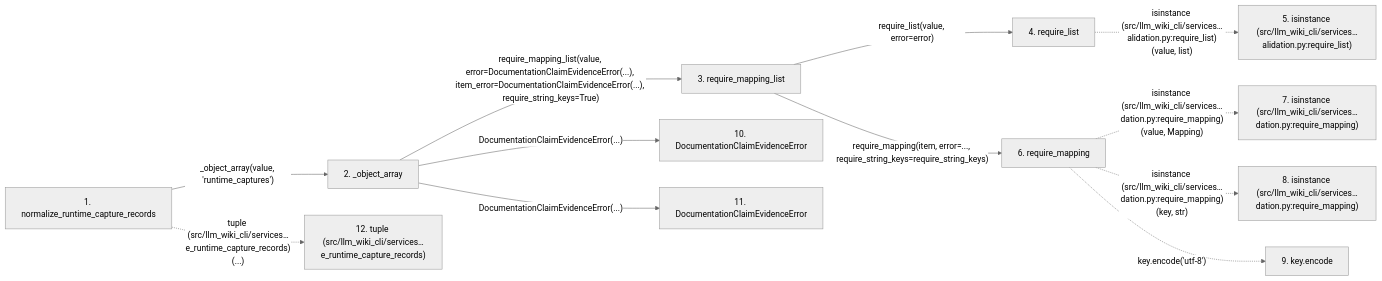
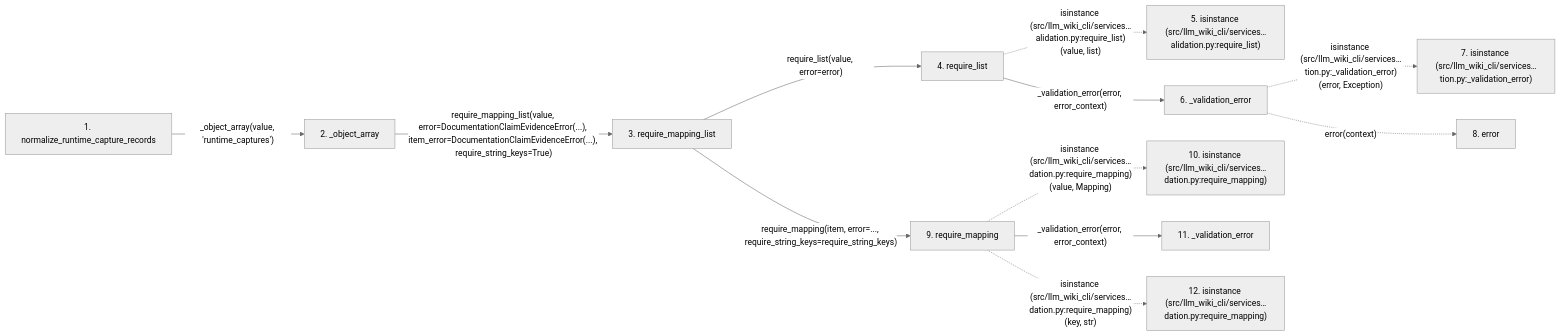
The second of 2 diagrams in docs/llm_wiki/flows/api-normalize_runtime_capture_records.md (Denissvgn/python-wiki-llm), drawn with Mermaid (neutral theme) before and after one commit. The commit also changed other lines of this file and 627 other files, not shown here.

````diff
--- a/docs/llm_wiki/flows/api-normalize_runtime_capture_records.md
+++ b/docs/llm_wiki/flows/api-normalize_runtime_capture_records.md
@@ -129,33 +129,33 @@
 ```mermaid
 flowchart LR
     s1["1. normalize_runtime_capture_records"]
     s2["2. _object_array"]
     s3["3. require_mapping_list"]
     s4["4. require_list"]
     s5["5. isinstance (src/llm_wiki_cli/services…alidation.py:require_list)"]
-    s6["6. require_mapping"]
-    s7["7. isinstance (src/llm_wiki_cli/services…dation.py:require_mapping)"]
-    s8["8. isinstance (src/llm_wiki_cli/services…dation.py:require_mapping)"]
-    s9["9. key.encode"]
-    s10["10. DocumentationClaimEvidenceError"]
-    s11["11. DocumentationClaimEvidenceError"]
-    s12["12. tuple (src/llm_wiki_cli/services…e_runtime_capture_records)"]
+    s6["6. _validation_error"]
+    s7["7. isinstance (src/llm_wiki_cli/services…tion.py:_validation_error)"]
+    s8["8. error"]
+    s9["9. require_mapping"]
+    s10["10. isinstance (src/llm_wiki_cli/services…dation.py:require_mapping)"]
+    s11["11. _validation_error"]
+    s12["12. isinstance (src/llm_wiki_cli/services…dation.py:require_mapping)"]
     s1 -->|"_object_array(value, 'runtime_captures')"| s2
     s2 -->|"require_mapping_list(value, error=DocumentationClaimEvidenceError(...), item_error=DocumentationClaimEvidenceError(...), require_string_keys=True)"| s3
     s3 -->|"require_list(value, error=error)"| s4
     s4 -. "isinstance (src/llm_wiki_cli/services…alidation.py:require_list)(value, list)" .-> s5
-    s3 -->|"require_mapping(item, error=..., require_string_keys=require_string_keys)"| s6
-    s6 -. "isinstance (src/llm_wiki_cli/services…dation.py:require_mapping)(value, Mapping)" .-> s7
-    s6 -. "isinstance (src/llm_wiki_cli/services…dation.py:require_mapping)(key, str)" .-> s8
-    s6 -. "key.encode('utf-8')" .-> s9
-    s2 -->|"DocumentationClaimEvidenceError(...)"| s10
-    s2 -->|"DocumentationClaimEvidenceError(...)"| s11
-    s1 -. "tuple (src/llm_wiki_cli/services…e_runtime_capture_records)(...)" .-> s12
+    s4 -->|"_validation_error(error, error_context)"| s6
+    s6 -. "isinstance (src/llm_wiki_cli/services…tion.py:_validation_error)(error, Exception)" .-> s7
+    s6 -. "error(context)" .-> s8
+    s3 -->|"require_mapping(item, error=..., require_string_keys=require_string_keys)"| s9
+    s9 -. "isinstance (src/llm_wiki_cli/services…dation.py:require_mapping)(value, Mapping)" .-> s10
+    s9 -->|"_validation_error(error, error_context)"| s11
+    s9 -. "isinstance (src/llm_wiki_cli/services…dation.py:require_mapping)(key, str)" .-> s12
     click s1 "../modules/documentation_claim_evidence.md"
     click s2 "../modules/documentation_claim_evidence.md"
     click s3 "../modules/validation.md"
     click s4 "../modules/validation.md"
     click s6 "../modules/validation.md"
-    click s10 "../modules/documentation_claim_evidence.md"
-    click s11 "../modules/documentation_claim_evidence.md"
+    click s9 "../modules/validation.md"
+    click s11 "../modules/validation.md"
 ```
````
